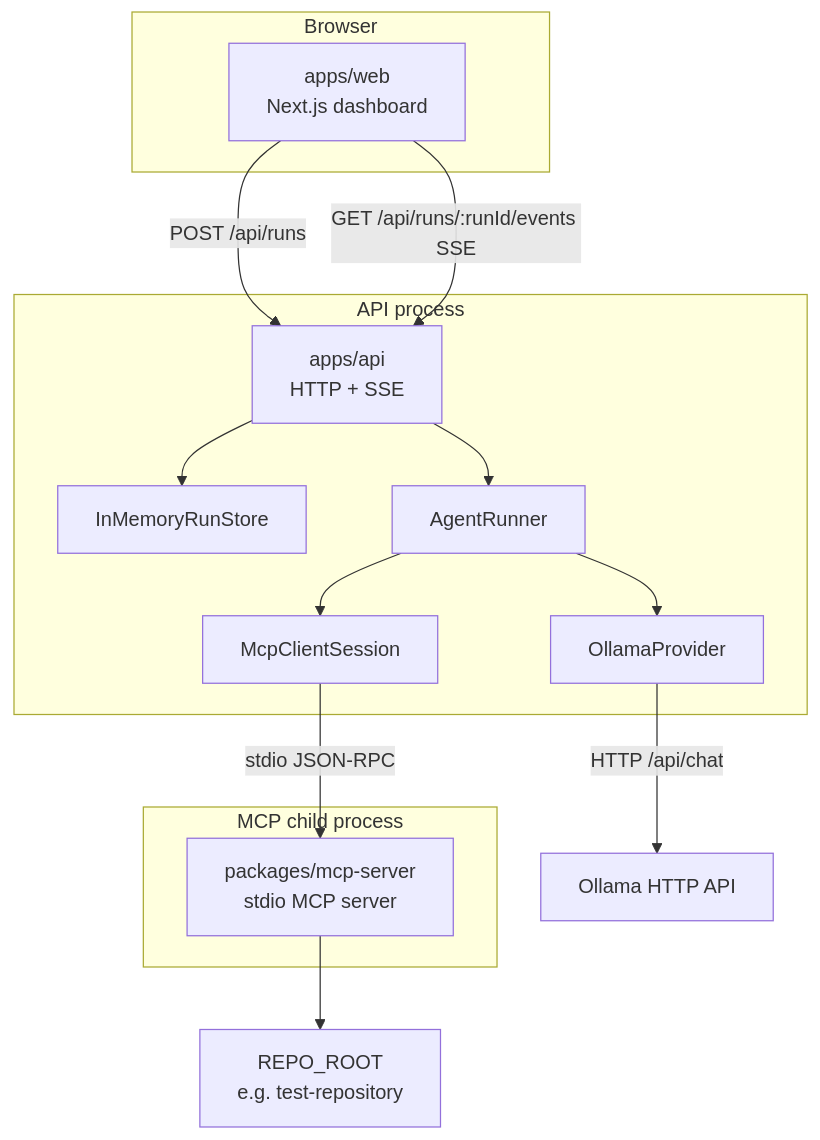
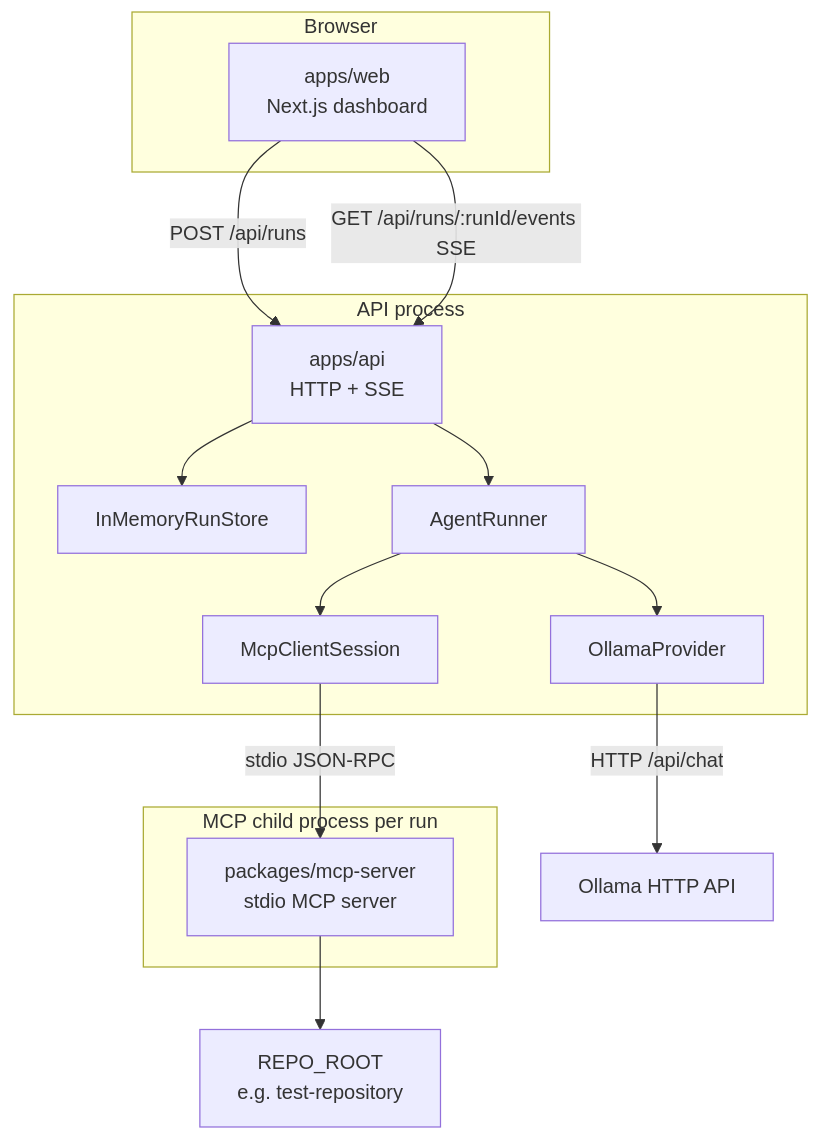
Before and after one commit to orpazavdaev/ai-agent-platform: the first of 5 diagrams in docs/architecture.md, drawn with Mermaid. The commit also changed other lines of this file and 4 other files, not shown here.

````diff
--- a/docs/architecture.md
+++ b/docs/architecture.md
@@ -9,31 +9,31 @@
 ```mermaid
 flowchart TB
   subgraph browser ["Browser"]
     web["apps/web<br/>Next.js dashboard"]
   end
 
   subgraph apiProcess ["API process"]
     api["apps/api<br/>HTTP + SSE"]
     store["InMemoryRunStore"]
     runner["AgentRunner"]
     llm["OllamaProvider"]
     mcpClient["McpClientSession"]
     api --> store
     api --> runner
     runner --> llm
     runner --> mcpClient
   end
 
-  subgraph mcpProcess ["MCP child process"]
+  subgraph mcpProcess ["MCP child process per run"]
     mcpServer["packages/mcp-server<br/>stdio MCP server"]
   end
 
   repo["REPO_ROOT<br/>e.g. test-repository"]
   ollama["Ollama HTTP API"]
 
   web -->|"POST /api/runs"| api
   web -->|"GET /api/runs/:runId/events SSE"| api
   mcpClient -->|"stdio JSON-RPC"| mcpServer
   mcpServer --> repo
   llm -->|"HTTP /api/chat"| ollama
 ```
````
